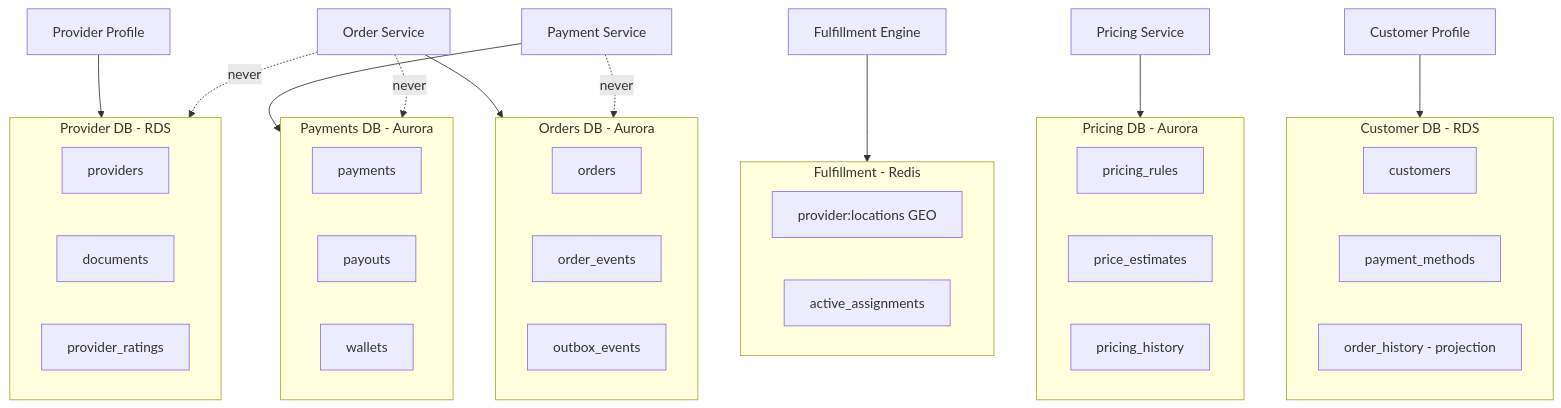
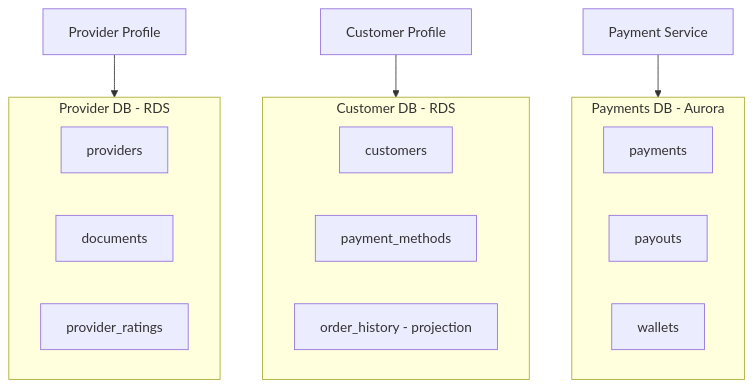
The fourth of 5 diagrams in 11-domain-catalog/README.md (rishikeshdhokare/platform-manifesto), drawn with Mermaid before and after one commit. The commit also changed other lines of this file and 12 other files, not shown here.

First line of the commit message:
fix: refactor Mermaid diagrams for compliance (#135)

````diff
--- a/11-domain-catalog/README.md
+++ b/11-domain-catalog/README.md
@@ -91,48 +120,24 @@
 ```mermaid
 flowchart TB
-    subgraph orders_db [Orders DB - Aurora]
-        orders_table[orders]
-        order_events[order_events]
-        outbox[outbox_events]
+    subgraph providerDB ["Provider DB - RDS"]
+        providers["providers"]
+        documents["documents"]
+        ratings["provider_ratings"]
     end
 
-    subgraph fulfillment_store [Fulfillment - Redis]
-        provider_locations[provider:locations GEO]
-        active_assignments[active_assignments]
+    subgraph customerDB ["Customer DB - RDS"]
+        customers["customers"]
+        paymentMethods["payment_methods"]
+        orderHistory["order_history - projection"]
     end
 
-    subgraph pricing_db [Pricing DB - Aurora]
-        pricing_rules[pricing_rules]
-        price_estimates[price_estimates]
-        pricing_history[pricing_history]
+    subgraph paymentsDB ["Payments DB - Aurora"]
+        payments["payments"]
+        payouts["payouts"]
+        wallets["wallets"]
     end
 
-    subgraph provider_db [Provider DB - RDS]
-        providers[providers]
-        documents[documents]
-        ratings[provider_ratings]
-    end
-
-    subgraph customer_db [Customer DB - RDS]
-        customers[customers]
-        payment_methods[payment_methods]
-        order_history[order_history - projection]
-    end
-
-    subgraph payments_db [Payments DB - Aurora]
-        payments[payments]
-        payouts[payouts]
-        wallets[wallets]
-    end
-
-    OrderService[Order Service] --> orders_db
-    FulfillmentEngine[Fulfillment Engine] --> fulfillment_store
-    PricingService[Pricing Service] --> pricing_db
-    ProviderProfile[Provider Profile] --> provider_db
-    CustomerProfile[Customer Profile] --> customer_db
-    PaymentService[Payment Service] --> payments_db
-
-    OrderService -.->|"never"| provider_db
-    OrderService -.->|"never"| payments_db
-    PaymentService -.->|"never"| orders_db
+    providerProfile["Provider Profile"] --> providerDB
+    customerProfile["Customer Profile"] --> customerDB
+    paymentService["Payment Service"] --> paymentsDB
 ```
````
